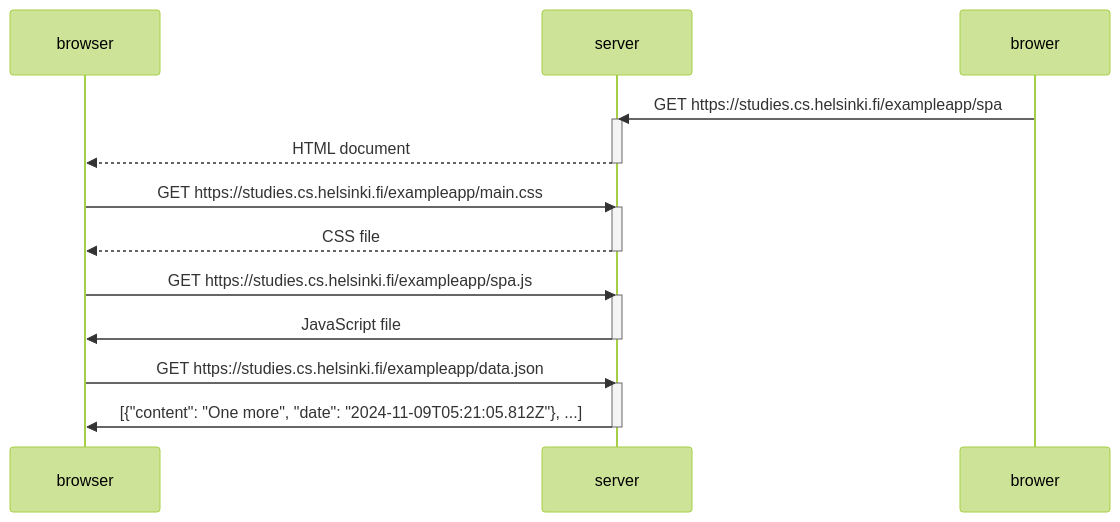
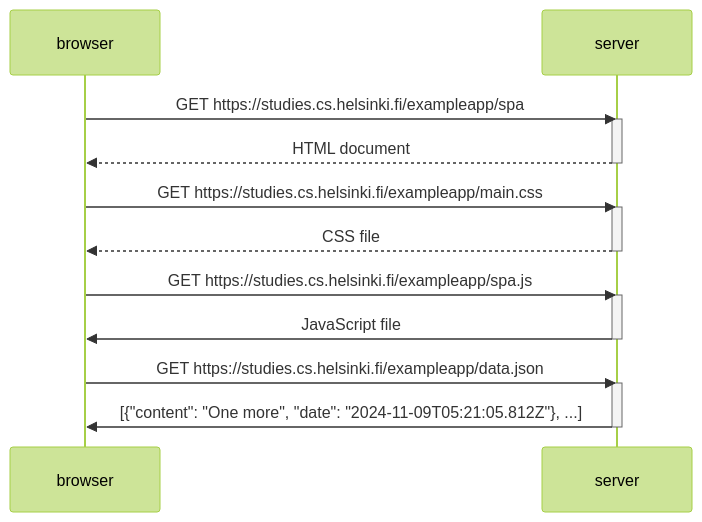
One commit to ortegaa32/FullStackOpen changed the diagram in Part0/Ex0-5.md. Above: the diagram before and after it, drawn with Mermaid (forest theme).

Commit message:
Finish part 0 exercises

````diff
--- a/Part0/Ex0-5.md
+++ b/Part0/Ex0-5.md
@@ -1,26 +1,26 @@
 ```mermaid
 sequenceDiagram
     participant browser
     participant server
 
-    brower ->> server: GET https://studies.cs.helsinki.fi/exampleapp/spa
+    browser ->> server: GET https://studies.cs.helsinki.fi/exampleapp/spa
     activate server
     server -->> browser: HTML document
     deactivate server
     
     browser ->> server: GET https://studies.cs.helsinki.fi/exampleapp/main.css
     activate server
     server -->> browser: CSS file
     deactivate server
 
     browser ->> server: GET https://studies.cs.helsinki.fi/exampleapp/spa.js
     activate server
     server ->> browser: JavaScript file
     deactivate server
 
     browser ->> server: GET https://studies.cs.helsinki.fi/exampleapp/data.json
     activate server
     server ->> browser: [{"content": "One more", "date": "2024-11-09T05:21:05.812Z"}, ...]
     deactivate server
 
 ```
````
